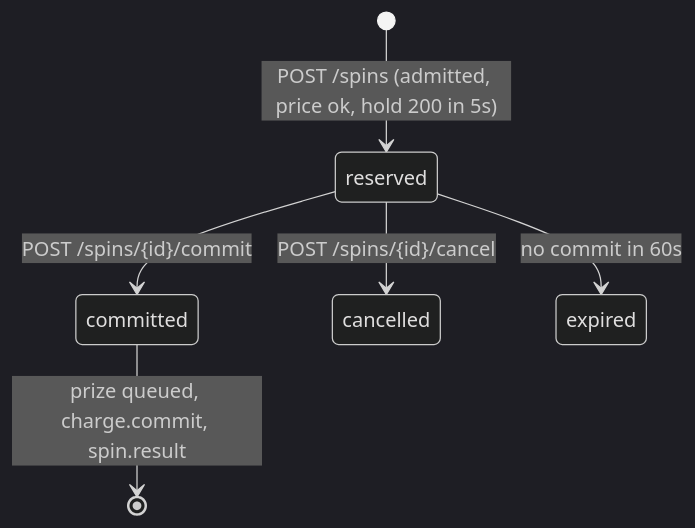
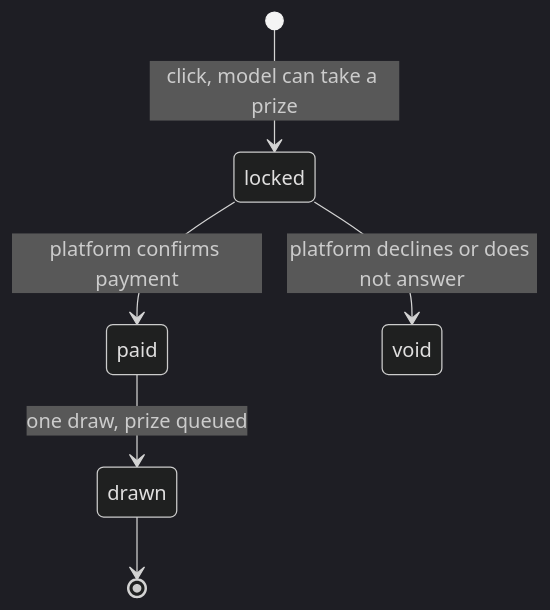
The diagram in docs/use-cases/UC-01-spin-the-wheel.md (devmtsarev/wheel), drawn with Mermaid (dark theme) before and after one commit. The commit also changed other lines of this file and 16 other files, not shown here.

````diff
--- a/docs/use-cases/UC-01-spin-the-wheel.md
+++ b/docs/use-cases/UC-01-spin-the-wheel.md
@@ -15,8 +17,8 @@
 ```mermaid
 stateDiagram-v2
-  [*] --> reserved: POST /spins (admitted, price ok, hold 200 in 5s)
-  reserved --> committed: POST /spins/{id}/commit
-  reserved --> cancelled: POST /spins/{id}/cancel
-  reserved --> expired: no commit in 60s
-  committed --> [*]: prize queued, charge.commit, spin.result
+  [*] --> locked: click, model can take a prize
+  locked --> paid: platform confirms payment
+  locked --> void: platform declines or does not answer
+  paid --> drawn: one draw, prize queued
+  drawn --> [*]
 ```
````
